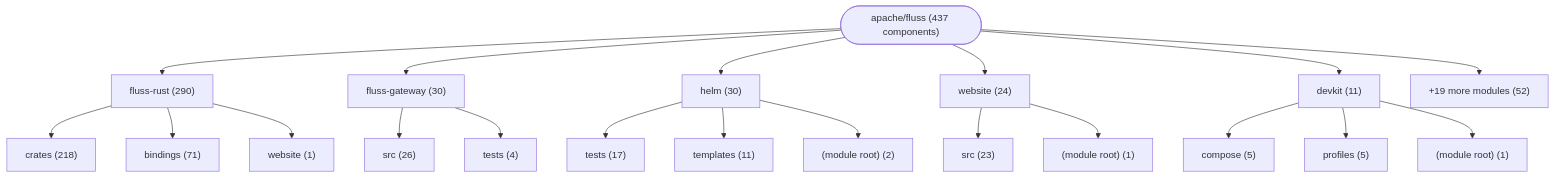
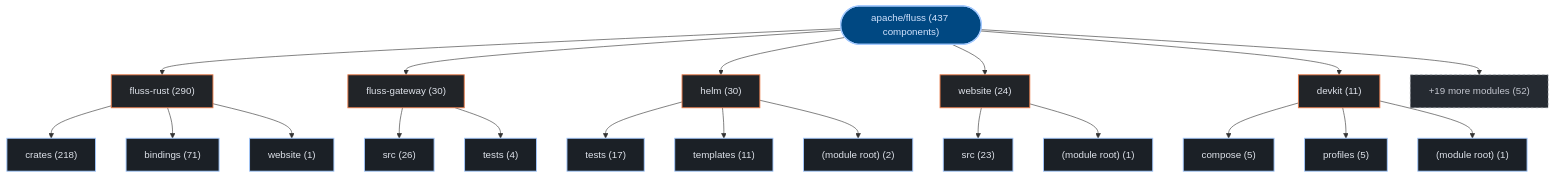
Before and after one commit to kumarshaz/atruss-code-atlas: the first of 3 diagrams in exports/latest/reports/apache-fluss-report.md, drawn with Mermaid. The commit also changed other lines of this file and 331 other files, not shown here.

Commit message:
docs,ui,fix: update SDLC docs, reorder CI/CD DAG first, stylize Mermaid, and fix Arc42 pipeline topology

````diff
--- a/exports/latest/reports/apache-fluss-report.md
+++ b/exports/latest/reports/apache-fluss-report.md
@@ -42,42 +42,49 @@
 ```mermaid
 graph TD;
-    repo_root(["apache/fluss (437 components)"])
-    dir_0_fluss_rust["fluss-rust (290)"]
+  classDef atlasRoot fill:#004882,stroke:#a3c9ff,stroke-width:2px,color:#d3e4ff
+  classDef atlasCategory fill:#212428,stroke:#E87A48,stroke-width:1.5px,color:#dfe3eb
+  classDef atlasWorkflow fill:#1b2026,stroke:#a3c9ff,stroke-width:1.5px,color:#dfe3eb
+  classDef atlasJob fill:#171c22,stroke:#8d9199,stroke-width:1px,color:#dfe3eb
+  classDef atlasTarget fill:#005227,stroke:#8bd99b,stroke-width:1.5px,color:#a7f6b6
+  classDef atlasAlert fill:#93000a,stroke:#ffb4ab,stroke-width:1.5px,color:#ffdad6
+  classDef atlasMore fill:#252a31,stroke:#8d9199,stroke-dasharray:4 4,color:#c3c6cf
+    repo_root(["apache/fluss (437 components)"]):::atlasRoot
+    dir_0_fluss_rust["fluss-rust (290)"]:::atlasCategory
     repo_root --> dir_0_fluss_rust
-    sub_0_0_crates["crates (218)"]
+    sub_0_0_crates["crates (218)"]:::atlasWorkflow
     dir_0_fluss_rust --> sub_0_0_crates
-    sub_0_1_bindings["bindings (71)"]
+    sub_0_1_bindings["bindings (71)"]:::atlasWorkflow
     dir_0_fluss_rust --> sub_0_1_bindings
-    sub_0_2_website["website (1)"]
+    sub_0_2_website["website (1)"]:::atlasWorkflow
     dir_0_fluss_rust --> sub_0_2_website
-    dir_1_fluss_gateway["fluss-gateway (30)"]
+    dir_1_fluss_gateway["fluss-gateway (30)"]:::atlasCategory
     repo_root --> dir_1_fluss_gateway
-    sub_1_0_src["src (26)"]
+    sub_1_0_src["src (26)"]:::atlasWorkflow
     dir_1_fluss_gateway --> sub_1_0_src
-    sub_1_1_tests["tests (4)"]
+    sub_1_1_tests["tests (4)"]:::atlasWorkflow
     dir_1_fluss_gateway --> sub_1_1_tests
-    dir_2_helm["helm (30)"]
+    dir_2_helm["helm (30)"]:::atlasCategory
     repo_root --> dir_2_helm
-    sub_2_0_tests["tests (17)"]
+    sub_2_0_tests["tests (17)"]:::atlasWorkflow
     dir_2_helm --> sub_2_0_tests
-    sub_2_1_templates["templates (11)"]
+    sub_2_1_templates["templates (11)"]:::atlasWorkflow
     dir_2_helm --> sub_2_1_templates
-    sub_2_2__module_root_["(module root) (2)"]
+    sub_2_2__module_root_["(module root) (2)"]:::atlasWorkflow
     dir_2_helm --> sub_2_2__module_root_
-    dir_3_website["website (24)"]
+    dir_3_website["website (24)"]:::atlasCategory
     repo_root --> dir_3_website
-    sub_3_0_src["src (23)"]
+    sub_3_0_src["src (23)"]:::atlasWorkflow
     dir_3_website --> sub_3_0_src
-    sub_3_1__module_root_["(module root) (1)"]
+    sub_3_1__module_root_["(module root) (1)"]:::atlasWorkflow
     dir_3_website --> sub_3_1__module_root_
-    dir_4_devkit["devkit (11)"]
+    dir_4_devkit["devkit (11)"]:::atlasCategory
     repo_root --> dir_4_devkit
-    sub_4_0_compose["compose (5)"]
+    sub_4_0_compose["compose (5)"]:::atlasWorkflow
     dir_4_devkit --> sub_4_0_compose
-    sub_4_1_profiles["profiles (5)"]
+    sub_4_1_profiles["profiles (5)"]:::atlasWorkflow
     dir_4_devkit --> sub_4_1_profiles
-    sub_4_2__module_root_["(module root) (1)"]
+    sub_4_2__module_root_["(module root) (1)"]:::atlasWorkflow
     dir_4_devkit --> sub_4_2__module_root_
-    dir_other_modules["+19 more modules (52)"]
+    dir_other_modules["+19 more modules (52)"]:::atlasMore
     repo_root --> dir_other_modules
 ```
````
